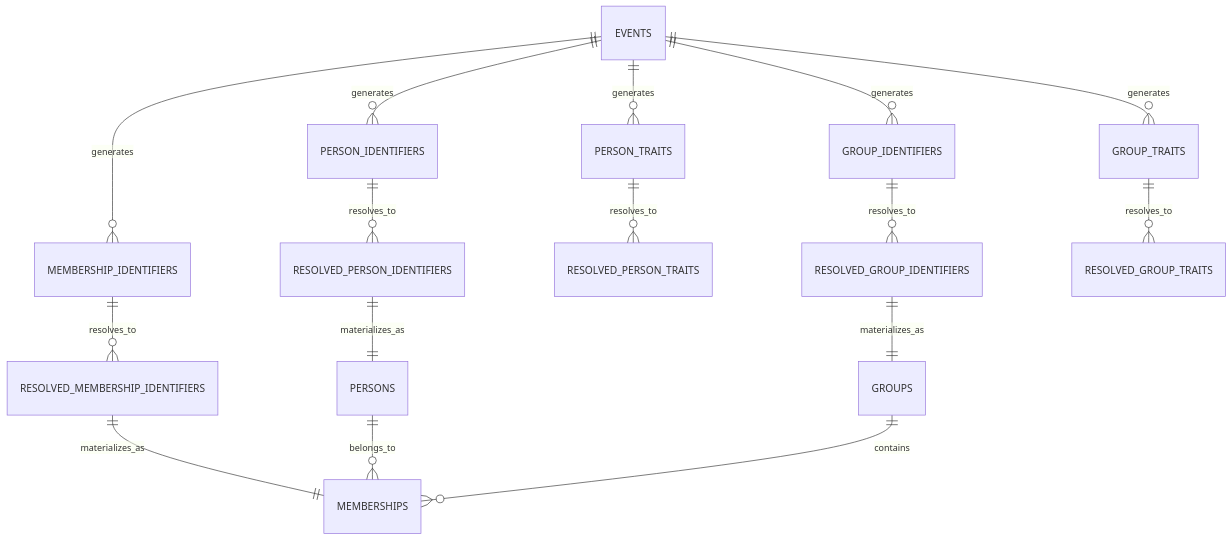
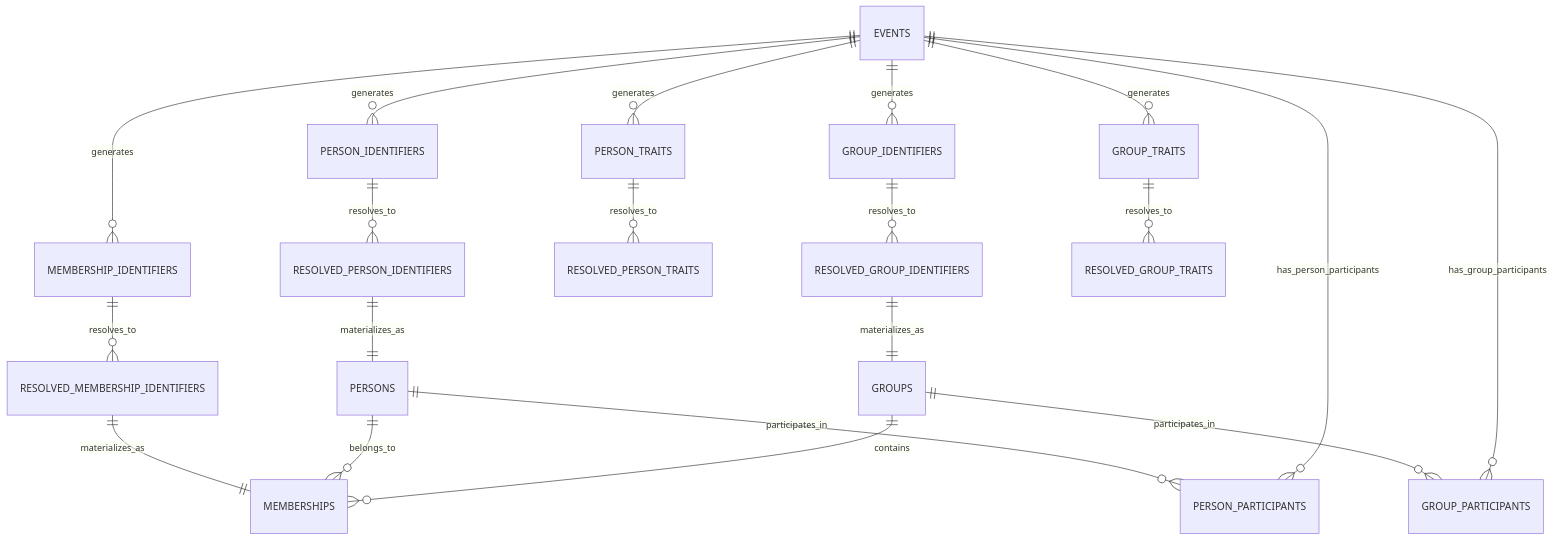
The diagram in docs/reference/database-schema.md (slide-rule-tech/dbt-nexus), drawn with Mermaid before and after one commit. The commit also changed other lines of this file and 73 other files, not shown here.

````diff
--- a/docs/reference/database-schema.md
+++ b/docs/reference/database-schema.md
@@ -260,21 +281,25 @@
 ```mermaid
 erDiagram
     EVENTS ||--o{ PERSON_IDENTIFIERS : generates
     EVENTS ||--o{ PERSON_TRAITS : generates
     EVENTS ||--o{ GROUP_IDENTIFIERS : generates
     EVENTS ||--o{ GROUP_TRAITS : generates
     EVENTS ||--o{ MEMBERSHIP_IDENTIFIERS : generates
 
     PERSON_IDENTIFIERS ||--o{ RESOLVED_PERSON_IDENTIFIERS : resolves_to
     PERSON_TRAITS ||--o{ RESOLVED_PERSON_TRAITS : resolves_to
     GROUP_IDENTIFIERS ||--o{ RESOLVED_GROUP_IDENTIFIERS : resolves_to
     GROUP_TRAITS ||--o{ RESOLVED_GROUP_TRAITS : resolves_to
     MEMBERSHIP_IDENTIFIERS ||--o{ RESOLVED_MEMBERSHIP_IDENTIFIERS : resolves_to
 
     RESOLVED_PERSON_IDENTIFIERS ||--|| PERSONS : materializes_as
     RESOLVED_GROUP_IDENTIFIERS ||--|| GROUPS : materializes_as
     RESOLVED_MEMBERSHIP_IDENTIFIERS ||--|| MEMBERSHIPS : materializes_as
 
     PERSONS ||--o{ MEMBERSHIPS : belongs_to
     GROUPS ||--o{ MEMBERSHIPS : contains
+    PERSONS ||--o{ PERSON_PARTICIPANTS : participates_in
+    GROUPS ||--o{ GROUP_PARTICIPANTS : participates_in
+    EVENTS ||--o{ PERSON_PARTICIPANTS : has_person_participants
+    EVENTS ||--o{ GROUP_PARTICIPANTS : has_group_participants
 ```
````
